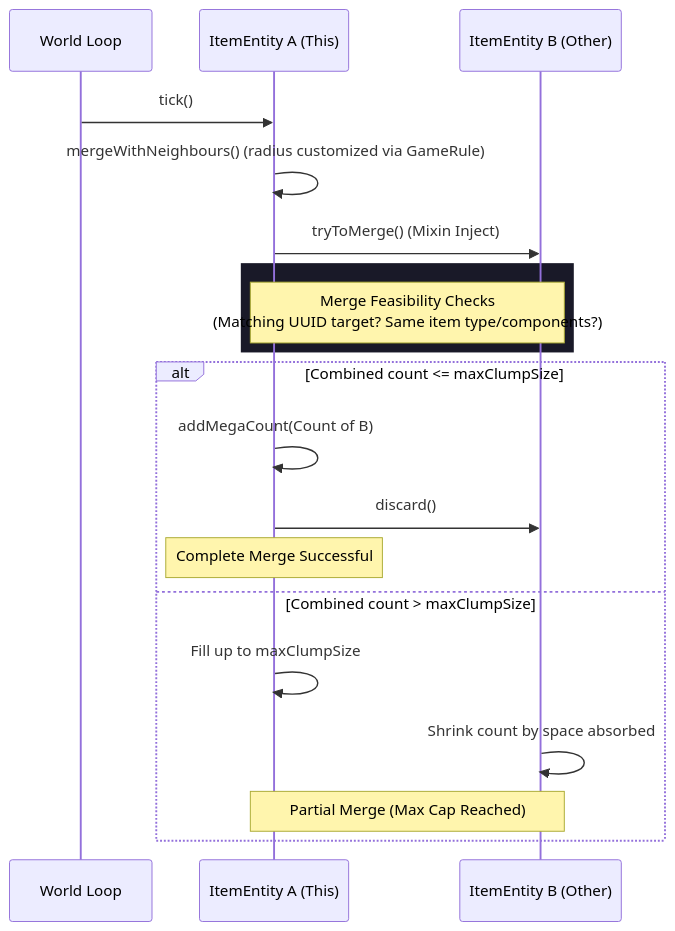
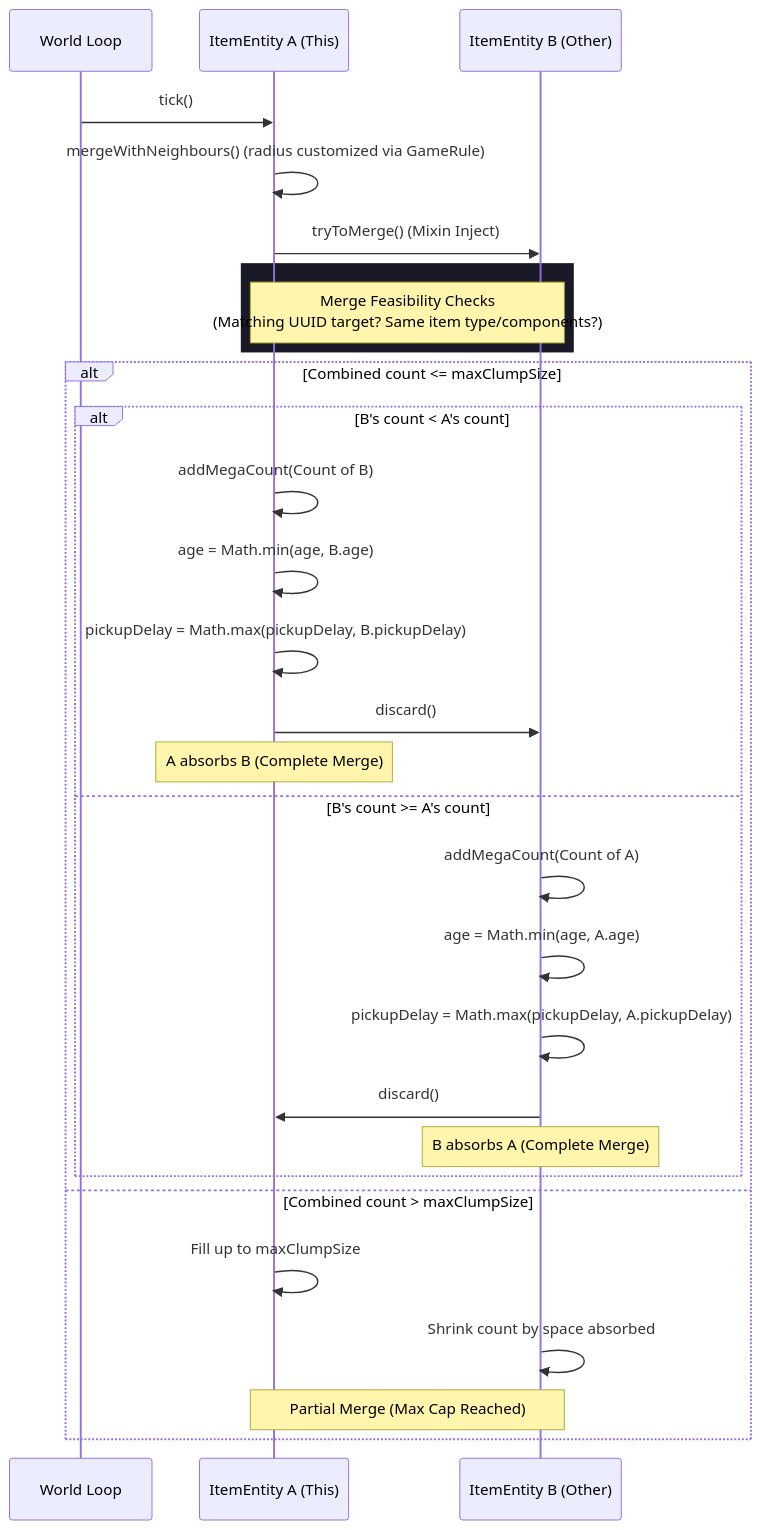
The first of 2 diagrams in Doc/Develop/Architecture/architecture.md (Rifaditya/IG-item-clumps), drawn with Mermaid before and after one commit. The commit also changed other lines of this file and 9 other files, not shown here.

````diff
--- a/Doc/Develop/Architecture/architecture.md
+++ b/Doc/Develop/Architecture/architecture.md
@@ -23,24 +23,34 @@
 ```mermaid
 sequenceDiagram
     participant Level as World Loop
     participant A as ItemEntity A (This)
     participant B as ItemEntity B (Other)
     
     Level->>A: tick()
     A->>A: mergeWithNeighbours() (radius customized via GameRule)
     A->>B: tryToMerge() (Mixin Inject)
     
     rect rgb(25, 25, 40)
         Note over A, B: Merge Feasibility Checks<br/>(Matching UUID target? Same item type/components?)
     end
     
     alt Combined count <= maxClumpSize
-        A->>A: addMegaCount(Count of B)
-        A->>B: discard()
-        Note over A: Complete Merge Successful
+        alt B's count < A's count
+            A->>A: addMegaCount(Count of B)
+            A->>A: age = Math.min(age, B.age)
+            A->>A: pickupDelay = Math.max(pickupDelay, B.pickupDelay)
+            A->>B: discard()
+            Note over A: A absorbs B (Complete Merge)
+        else B's count >= A's count
+            B->>B: addMegaCount(Count of A)
+            B->>B: age = Math.min(age, A.age)
+            B->>B: pickupDelay = Math.max(pickupDelay, A.pickupDelay)
+            B->>A: discard()
+            Note over B: B absorbs A (Complete Merge)
+        end
     else Combined count > maxClumpSize
         A->>A: Fill up to maxClumpSize
         B->>B: Shrink count by space absorbed
         Note over A, B: Partial Merge (Max Cap Reached)
     end
 ```
````
